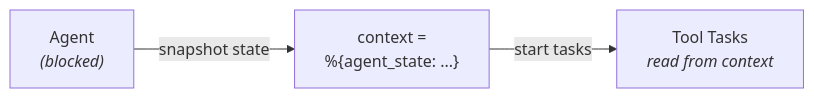
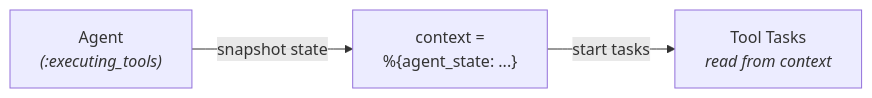
Before and after one commit to matteing/opal: the fourth of 10 diagrams in docs/supervision.md, drawn with Mermaid. The commit also changed other lines of this file and 20 other files, not shown here.

````diff
--- a/docs/supervision.md
+++ b/docs/supervision.md
@@ -168,5 +175,5 @@
 ```mermaid
 flowchart LR
-    Agent["Agent<br/><i>(blocked)</i>"] -- "snapshot state" --> Context["context =<br/>%{agent_state: ...}"]
+    Agent["Agent<br/><i>(:executing_tools)</i>"] -- "snapshot state" --> Context["context =<br/>%{agent_state: ...}"]
     Context -- "start tasks" --> Tasks["Tool Tasks<br/><i>read from context</i>"]
 ```
````
